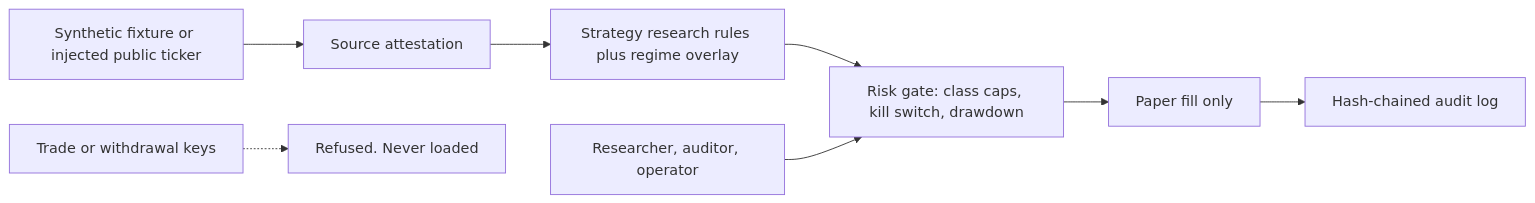
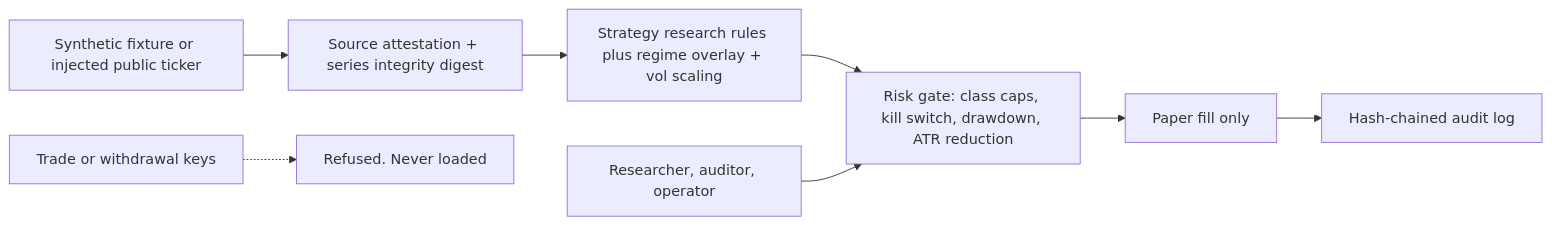
The diagram in docs/security-architecture.md (kkzee92/aixtech-crypto-intel), drawn with Mermaid before and after one commit. The commit also changed other lines of this file and 7 other files, not shown here.

First line of the commit message:
Enhance asset-class strategies, risk gates, and cyber/data security architecture (v0.3.0)

````diff
--- a/docs/security-architecture.md
+++ b/docs/security-architecture.md
@@ -9,10 +9,10 @@
 ```mermaid
 flowchart LR
-    F["Synthetic fixture or injected public ticker"] --> AT["Source attestation"]
-    AT --> S["Strategy research rules plus regime overlay"]
-    S --> R["Risk gate: class caps, kill switch, drawdown"]
+    F["Synthetic fixture or injected public ticker"] --> AT["Source attestation + series integrity digest"]
+    AT --> S["Strategy research rules plus regime overlay + vol scaling"]
+    S --> R["Risk gate: class caps, kill switch, drawdown, ATR reduction"]
     R --> P["Paper fill only"]
     P --> A["Hash-chained audit log"]
     K["Trade or withdrawal keys"] -.-> X["Refused. Never loaded"]
     RBAC["Researcher, auditor, operator"] --> R
 ```
````
